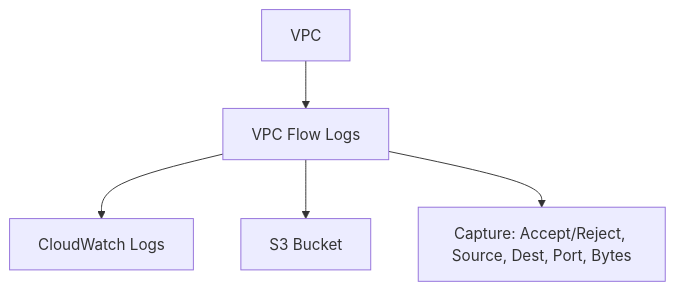
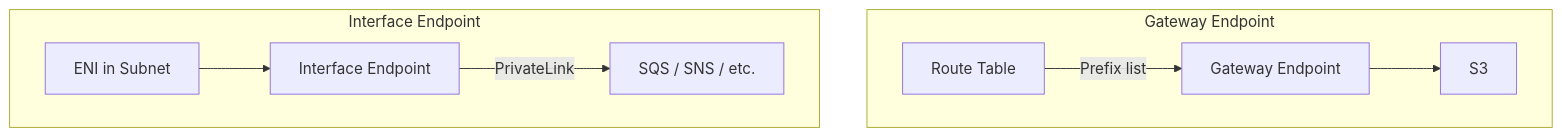
Before and after one commit to vanos001/placement_prep: the eighth of 10 diagrams in src/cloud/aws/vpc.md, drawn with Mermaid. The commit also changed other lines of this file and 24 other files, not shown here.

````diff
--- a/src/cloud/aws/vpc.md
+++ b/src/cloud/aws/vpc.md
@@ -174,8 +254,12 @@
 ```mermaid
-graph TD
-    VPC[VPC] --> FLOW[VPC Flow Logs]
-    FLOW --> CW[CloudWatch Logs]
-    FLOW --> S3[S3 Bucket]
+graph TB
+    subgraph "Gateway Endpoint"
+        GW_RT[Route Table] --> |Prefix list| GW_EP[Gateway Endpoint]
+        GW_EP --> S3_GW[S3]
+    end
 
-    FLOW --> DATA[Capture: Accept/Reject, Source, Dest, Port, Bytes]
+    subgraph "Interface Endpoint"
+        IF_ENI[ENI in Subnet] --> IF_EP[Interface Endpoint]
+        IF_EP --> |PrivateLink| SQS_IF[SQS / SNS / etc.]
+    end
 ```
````
